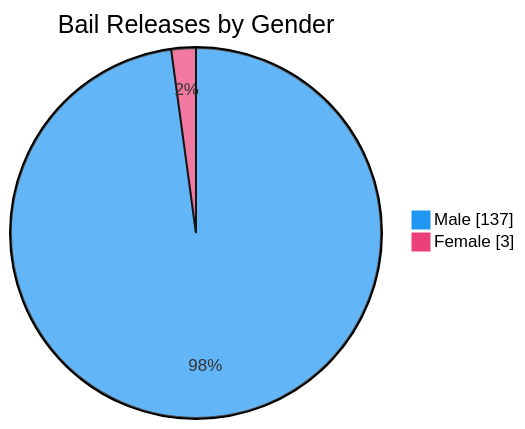
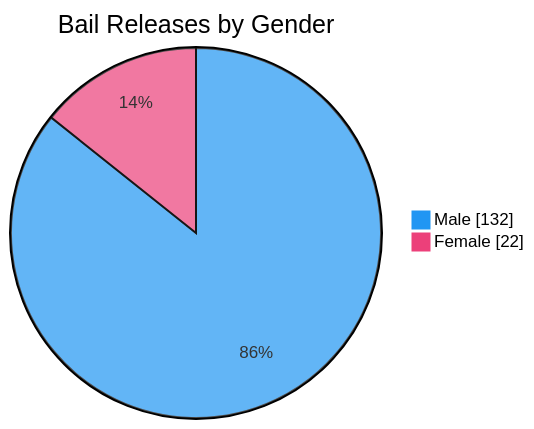
One commit to nuuuwan/lk_prisons changed the seventh of 7 diagrams in README.md. Above: the diagram before and after it, drawn with Mermaid. The commit also changed other lines of this file and 1 other file, not shown here.

````diff
--- a/README.md
+++ b/README.md
@@ -109,6 +109,6 @@
 ```mermaid
 %%{init: {'themeVariables': {'pie1': '#2196F3', 'pie2': '#EC407A'}}}%%
 pie showData title Bail Releases by Gender
-    "Male" : 137
-    "Female" : 3
+    "Male" : 132
+    "Female" : 22
 ```
````
